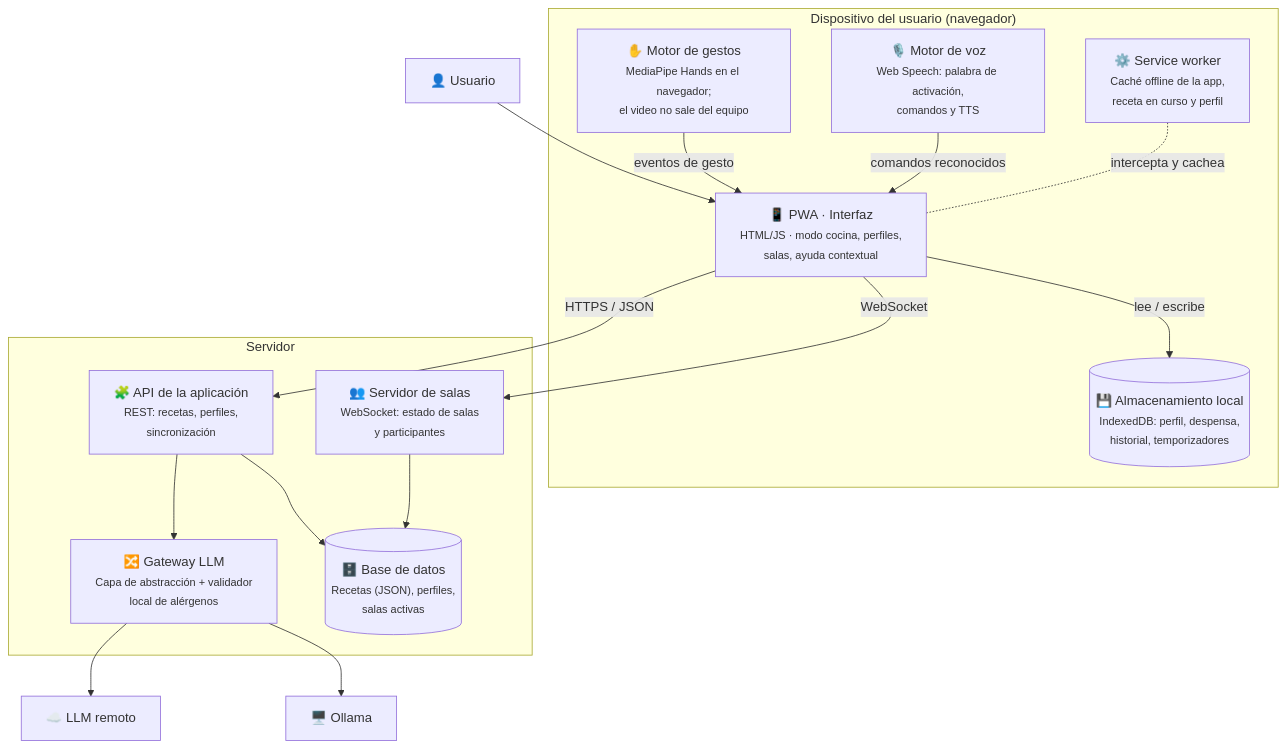
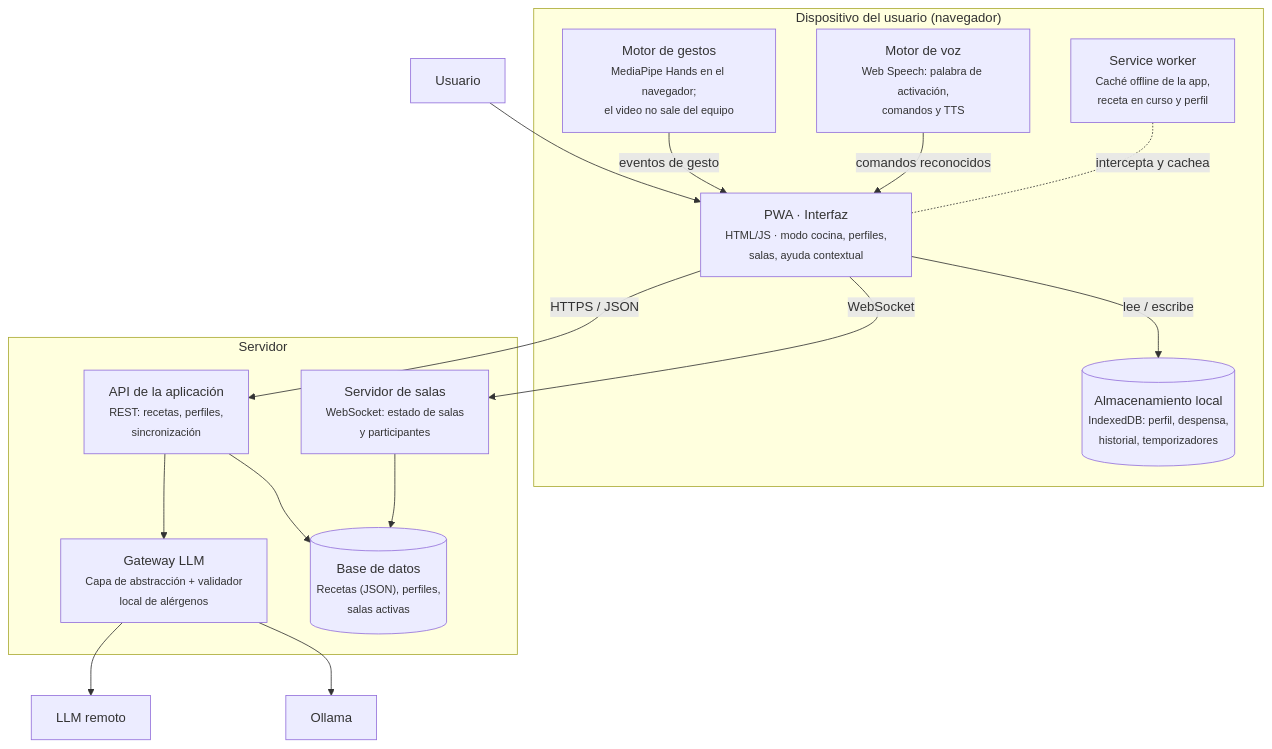
One commit to Akira-13/chef-en-el-aire changed the second of 4 diagrams in docs/arquitectura/README.md. Above: the diagram before and after it, drawn with Mermaid. The commit also changed other lines of this file and 10 other files, not shown here.

````diff
--- a/docs/arquitectura/README.md
+++ b/docs/arquitectura/README.md
@@ -39,35 +39,35 @@
 ```mermaid
 flowchart TB
-    usuario["👤 Usuario"]
+    usuario["Usuario"]
 
     subgraph dispositivo["Dispositivo del usuario (navegador)"]
-        pwa["📱 PWA · Interfaz<br/><small>HTML/JS · modo cocina, perfiles,<br/>salas, ayuda contextual</small>"]
-        sw["⚙️ Service worker<br/><small>Caché offline de la app,<br/>receta en curso y perfil</small>"]
-        gestos["✋ Motor de gestos<br/><small>MediaPipe Hands en el navegador;<br/>el video no sale del equipo</small>"]
-        voz["🎙️ Motor de voz<br/><small>Web Speech: palabra de activación,<br/>comandos y TTS</small>"]
-        local[("💾 Almacenamiento local<br/><small>IndexedDB: perfil, despensa,<br/>historial, temporizadores</small>")]
+        pwa["PWA · Interfaz<br/><small>HTML/JS · modo cocina, perfiles,<br/>salas, ayuda contextual</small>"]
+        sw["Service worker<br/><small>Caché offline de la app,<br/>receta en curso y perfil</small>"]
+        gestos["Motor de gestos<br/><small>MediaPipe Hands en el navegador;<br/>el video no sale del equipo</small>"]
+        voz["Motor de voz<br/><small>Web Speech: palabra de activación,<br/>comandos y TTS</small>"]
+        local[("Almacenamiento local<br/><small>IndexedDB: perfil, despensa,<br/>historial, temporizadores</small>")]
     end
 
     subgraph servidor["Servidor"]
-        api["🧩 API de la aplicación<br/><small>REST: recetas, perfiles,<br/>sincronización</small>"]
-        gateway["🔀 Gateway LLM<br/><small>Capa de abstracción + validador<br/>local de alérgenos</small>"]
-        salas["👥 Servidor de salas<br/><small>WebSocket: estado de salas<br/>y participantes</small>"]
-        bd[("🗄️ Base de datos<br/><small>Recetas (JSON), perfiles,<br/>salas activas</small>")]
+        api["API de la aplicación<br/><small>REST: recetas, perfiles,<br/>sincronización</small>"]
+        gateway["Gateway LLM<br/><small>Capa de abstracción + validador<br/>local de alérgenos</small>"]
+        salas["Servidor de salas<br/><small>WebSocket: estado de salas<br/>y participantes</small>"]
+        bd[("Base de datos<br/><small>Recetas (JSON), perfiles,<br/>salas activas</small>")]
     end
 
-    llmRemoto["☁️ LLM remoto"]
-    llmLocal["🖥️ Ollama"]
+    llmRemoto["LLM remoto"]
+    llmLocal["Ollama"]
 
     usuario --> pwa
     gestos -- "eventos de gesto" --> pwa
     voz -- "comandos reconocidos" --> pwa
     pwa -- "lee / escribe" --> local
     sw -.-|intercepta y cachea| pwa
     pwa -- "HTTPS / JSON" --> api
     pwa -- "WebSocket" --> salas
     api --> gateway
     api --> bd
     salas --> bd
     gateway --> llmRemoto
     gateway --> llmLocal
 ```
````
